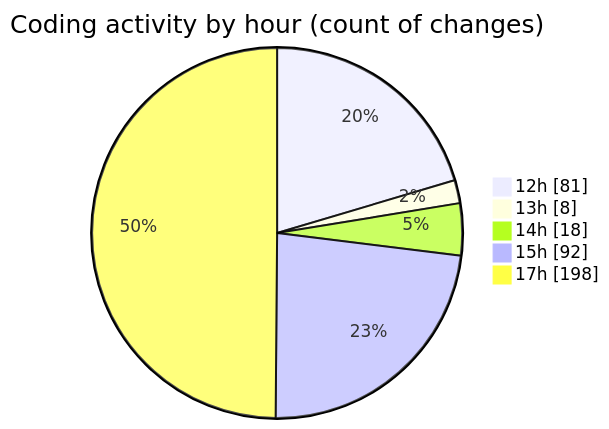
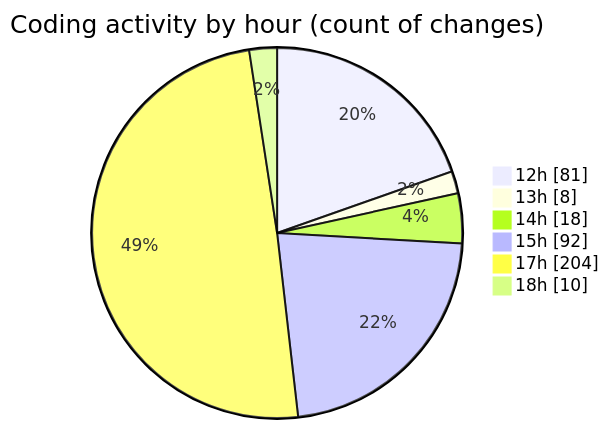
One commit to Ritupan-Deka/code-tracking changed the second of 2 diagrams in 2025-12-28/rust/README.md. Above: the diagram before and after it, drawn with Mermaid. The commit also changed other lines of this file and 1 other file, not shown here.

````diff
--- a/2025-12-28/rust/README.md
+++ b/2025-12-28/rust/README.md
@@ -31,9 +31,10 @@
 ```mermaid
 pie showData
 title Coding activity by hour (count of changes)
 "12h" : 81
 "13h" : 8
 "14h" : 18
 "15h" : 92
-"17h" : 198
+"17h" : 204
+"18h" : 10
 ```
````
